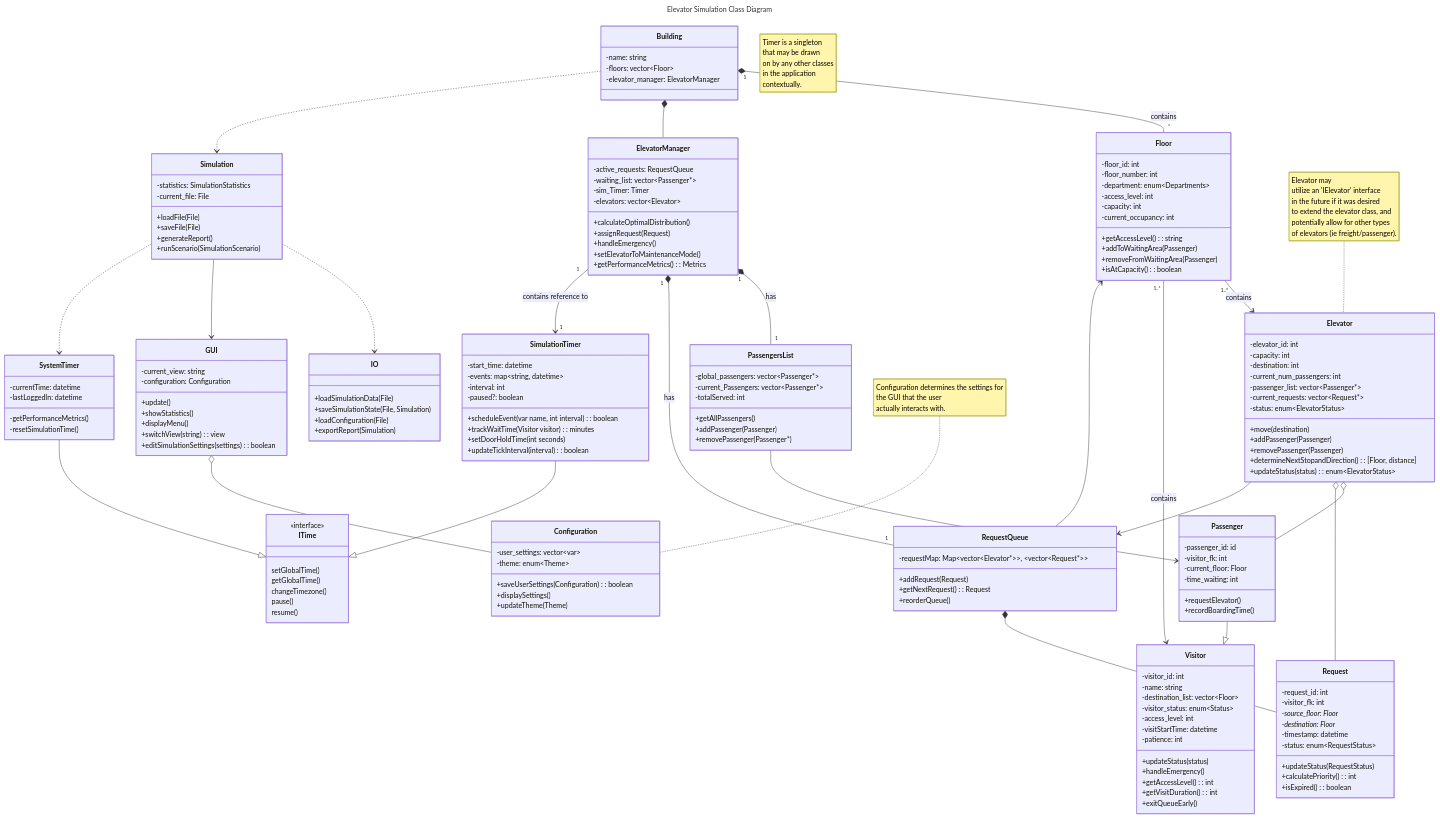
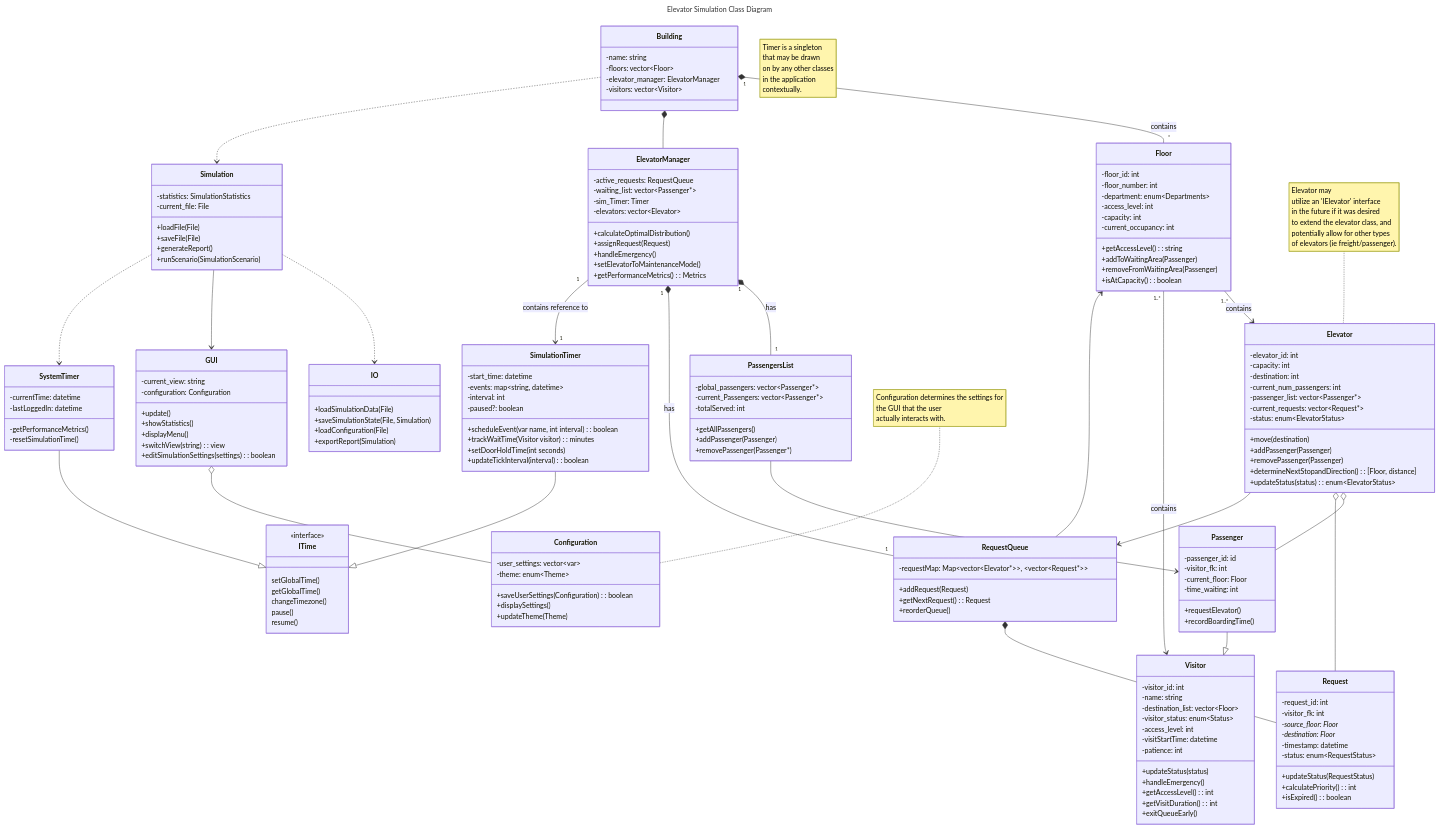
One commit to TheFakeLorLyons/elevators-visitors-state-diagrams changed the diagram in root/visible_on_github/full_class_diagram.md. Above: the diagram before and after it, drawn with Mermaid. The commit also changed 14 other files, not shown here.

Commit message:
Added viewStatistics and createEditScenario sequence diagrams and improved small parts of the others.

```diff
--- a/root/visible_on_github/full_class_diagram.md
+++ b/root/visible_on_github/full_class_diagram.md
@@ -7,6 +7,7 @@
         -name: string
         -floors: vector~Floor~
         -elevator_manager: ElevatorManager
+        -visitors: vector~Visitor~
     }
 
     class Configuration {
```
